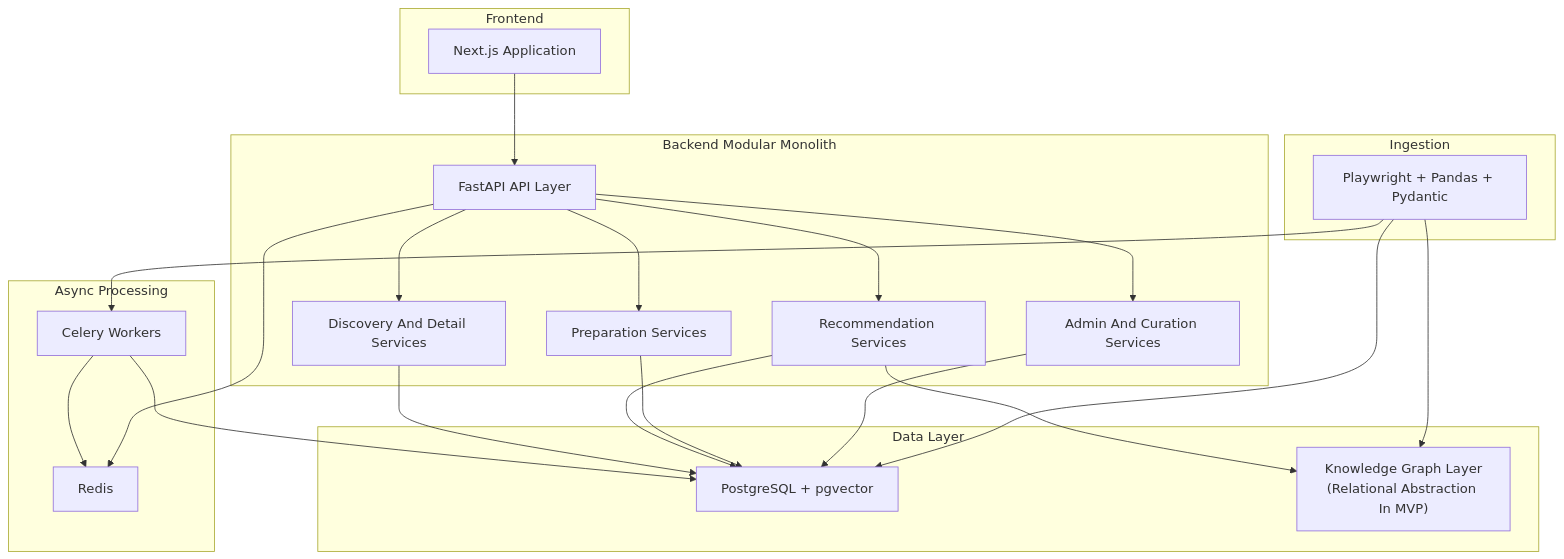
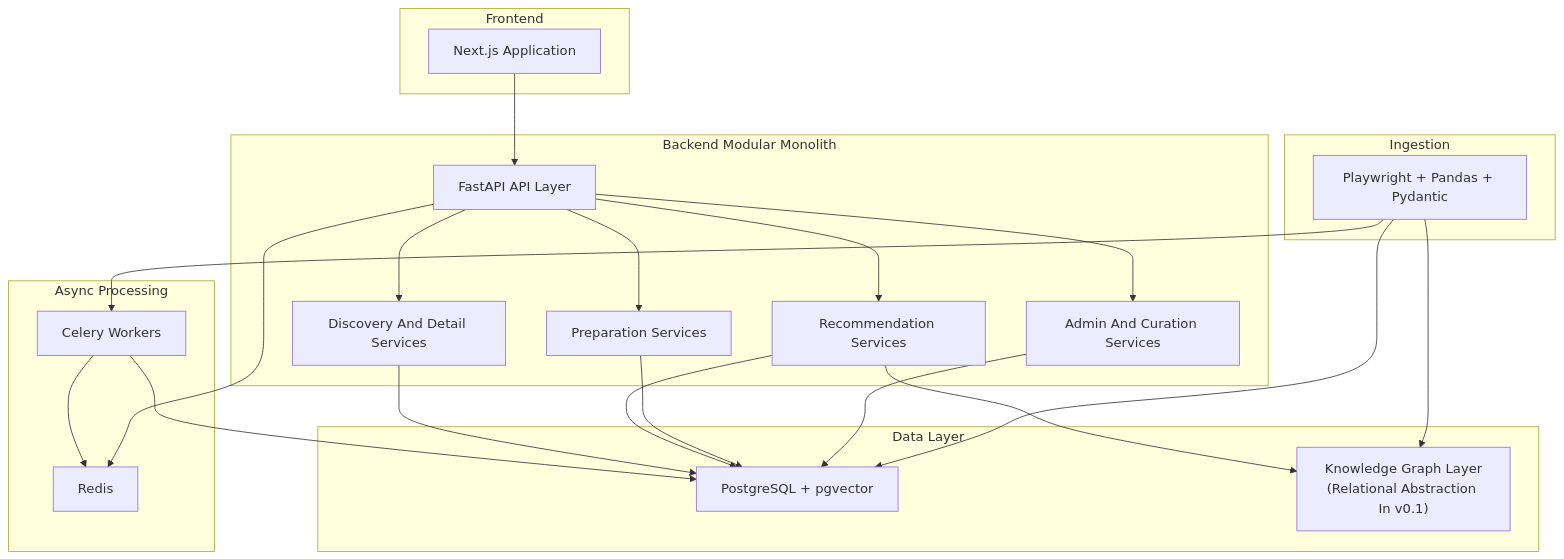
One commit to HaiderNaqvi-5/scholarai-platform changed the first of 3 diagrams in docs/scholarai/05_system_architecture.md. Above: the diagram before and after it, drawn with Mermaid. The commit also changed other lines of this file and 43 other files, not shown here.

````diff
--- a/docs/scholarai/05_system_architecture.md
+++ b/docs/scholarai/05_system_architecture.md
@@ -25,45 +25,45 @@
 ```mermaid
 graph TB
     subgraph FE["Frontend"]
         WEB["Next.js Application"]
     end
 
     subgraph BE["Backend Modular Monolith"]
         API["FastAPI API Layer"]
         DISC["Discovery And Detail Services"]
         REC["Recommendation Services"]
         PREP["Preparation Services"]
         ADMIN["Admin And Curation Services"]
     end
 
     subgraph JOBS["Async Processing"]
         CEL["Celery Workers"]
         REDIS["Redis"]
     end
 
     subgraph DATA["Data Layer"]
         PG["PostgreSQL + pgvector"]
-        KG["Knowledge Graph Layer\n(Relational Abstraction In MVP)"]
+        KG["Knowledge Graph Layer\n(Relational Abstraction In v0.1)"]
     end
 
     subgraph ING["Ingestion"]
         SCRAPE["Playwright + Pandas + Pydantic"]
     end
 
     WEB --> API
     API --> DISC
     API --> REC
     API --> PREP
     API --> ADMIN
     DISC --> PG
     REC --> PG
     REC --> KG
     PREP --> PG
     ADMIN --> PG
     CEL --> REDIS
     API --> REDIS
     CEL --> PG
     SCRAPE --> CEL
     SCRAPE --> PG
     SCRAPE --> KG
 ```
````
